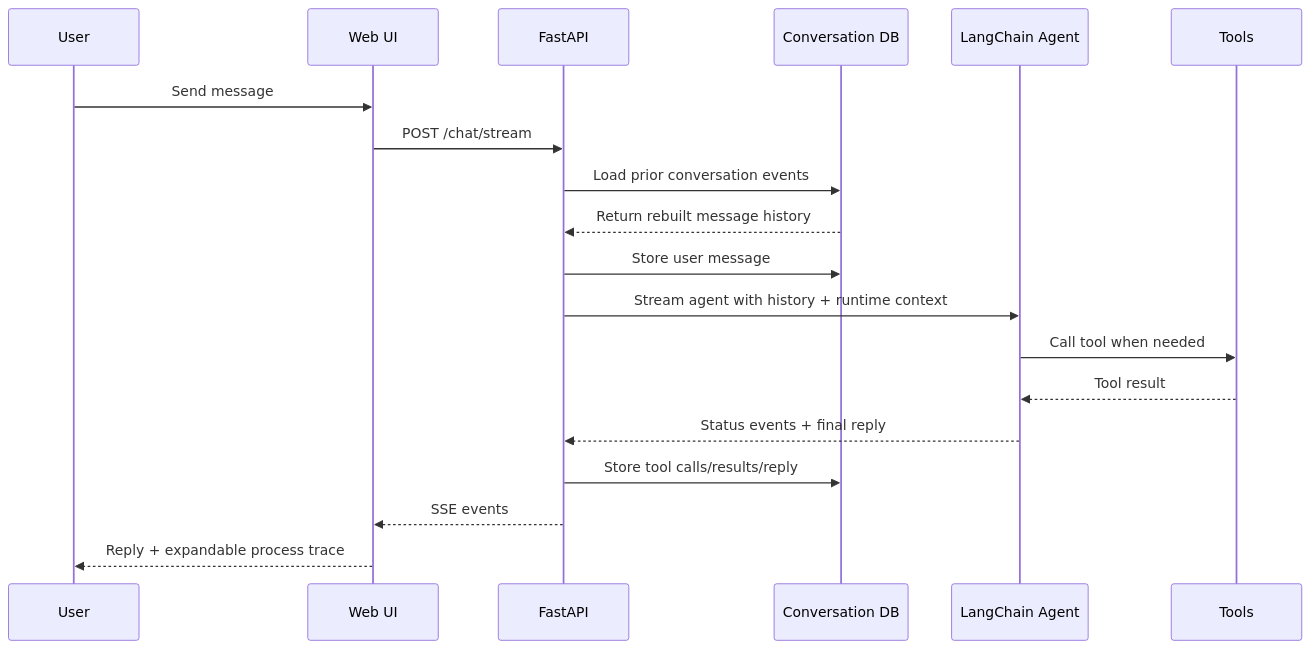
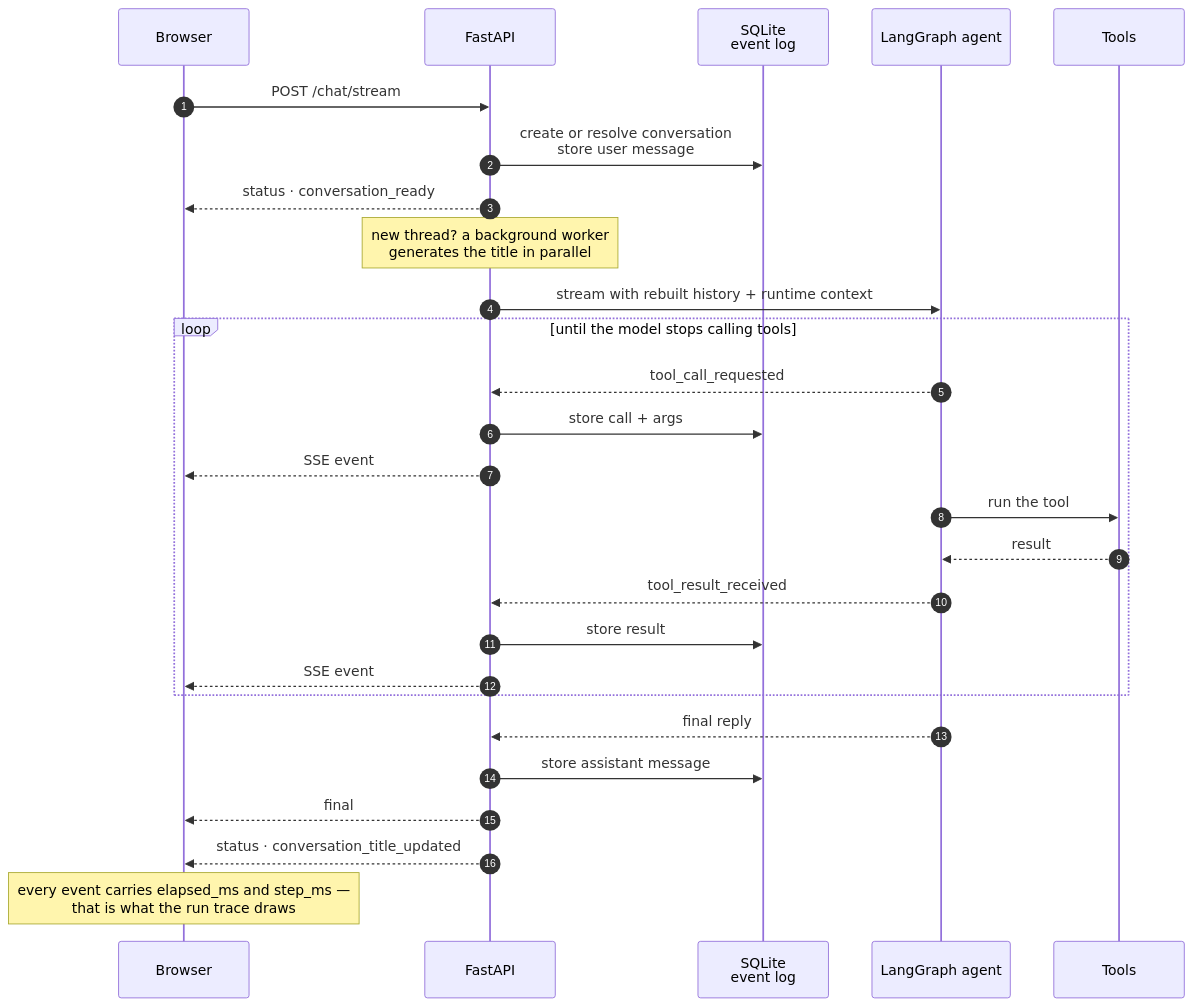
One commit to ZhanLiang06/Personal-AI-Assistant changed the second of 3 diagrams in README.md. Above: the diagram before and after it, drawn with Mermaid. The commit also changed other lines of this file and 15 other files, not shown here.

````diff
--- a/README.md
+++ b/README.md
@@ -44,22 +131,33 @@
 ```mermaid
 sequenceDiagram
-    participant U as User
-    participant W as Web UI
-    participant A as FastAPI
-    participant C as Conversation DB
-    participant L as LangChain Agent
-    participant T as Tools
+    autonumber
+    participant B as Browser
+    participant API as FastAPI
+    participant DB as SQLite<br/>event log
+    participant AG as LangGraph agent
+    participant TL as Tools
 
-    U->>W: Send message
-    W->>A: POST /chat/stream
-    A->>C: Load prior conversation events
-    C-->>A: Return rebuilt message history
-    A->>C: Store user message
-    A->>L: Stream agent with history + runtime context
-    L->>T: Call tool when needed
-    T-->>L: Tool result
-    L-->>A: Status events + final reply
-    A->>C: Store tool calls/results/reply
-    A-->>W: SSE events
-    W-->>U: Reply + expandable process trace
+    B->>API: POST /chat/stream
+    API->>DB: create or resolve conversation<br/>store user message
+    API-->>B: status · conversation_ready
+    Note over API: new thread? a background worker<br/>generates the title in parallel
+
+    API->>AG: stream with rebuilt history + runtime context
+
+    loop until the model stops calling tools
+        AG-->>API: tool_call_requested
+        API->>DB: store call + args
+        API-->>B: SSE event
+        AG->>TL: run the tool
+        TL-->>AG: result
+        AG-->>API: tool_result_received
+        API->>DB: store result
+        API-->>B: SSE event
+    end
+
+    AG-->>API: final reply
+    API->>DB: store assistant message
+    API-->>B: final
+    API-->>B: status · conversation_title_updated
+    Note over B: every event carries elapsed_ms and step_ms —<br/>that is what the run trace draws
 ```
````
